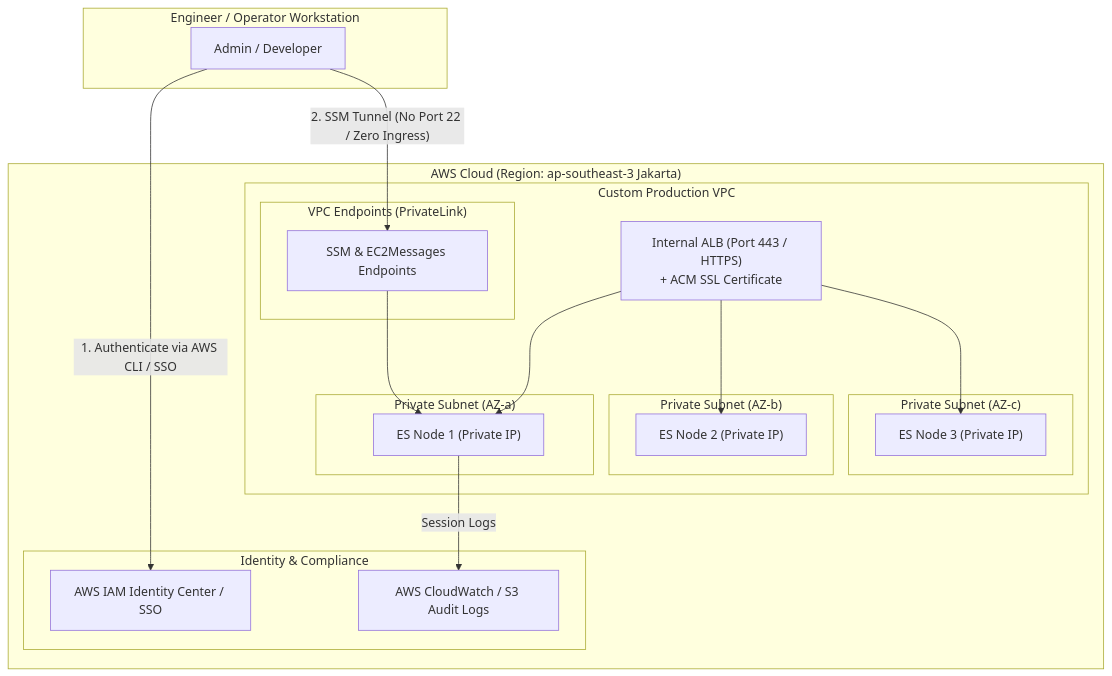
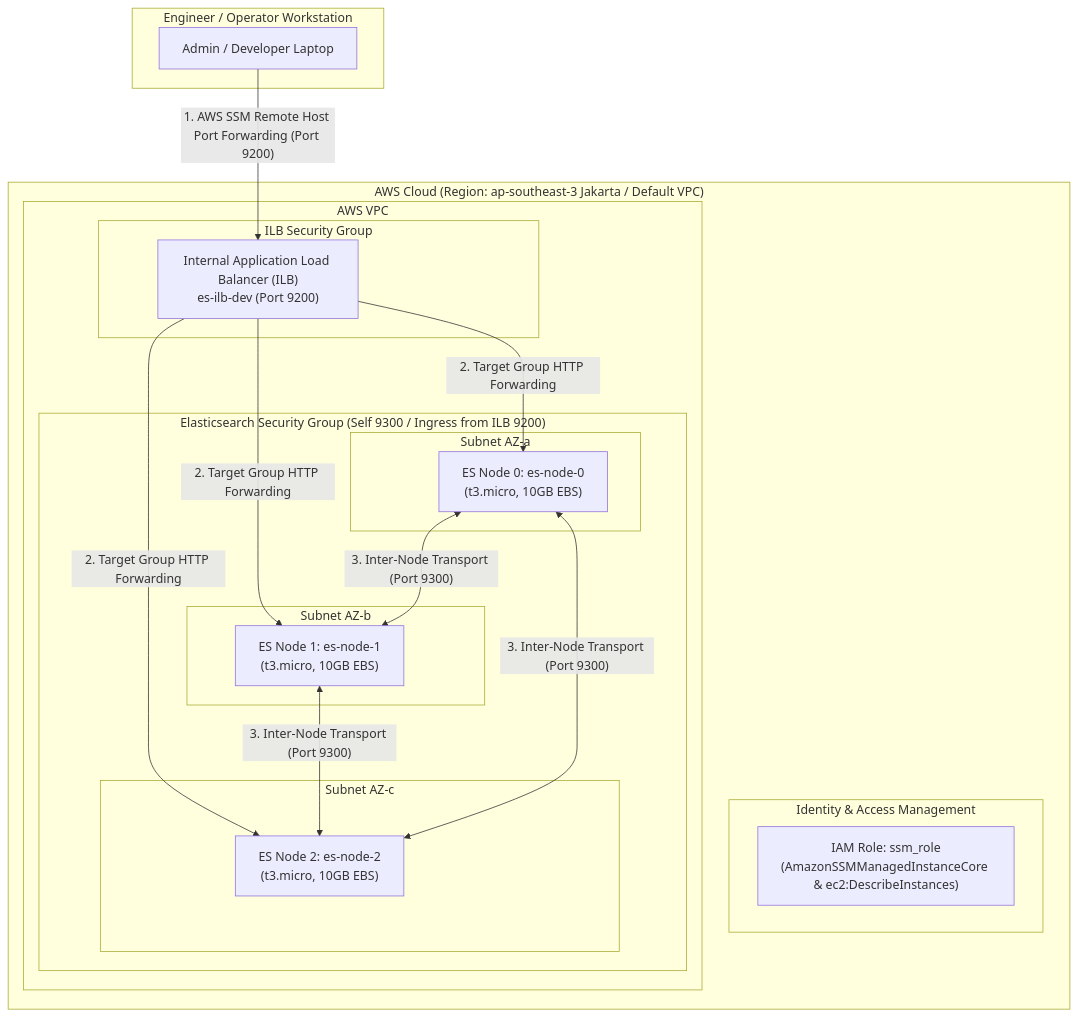
Before and after one commit to diopratama/aws-iac-lab: the diagram in README.md, drawn with Mermaid. The commit also changed other lines of this file and 7 other files, not shown here.

````diff
--- a/README.md
+++ b/README.md
@@ -11,39 +11,39 @@
 ```mermaid
 graph TB
     subgraph Client["Engineer / Operator Workstation"]
-        Dev["Admin / Developer"]
+        Dev["Admin / Developer Laptop"]
     end
 
-    subgraph AWS["AWS Cloud (Region: ap-southeast-3 Jakarta)"]
-        subgraph IAM["Identity & Compliance"]
-            SSO["AWS IAM Identity Center / SSO"]
-            Audit["AWS CloudWatch / S3 Audit Logs"]
+    subgraph AWS["AWS Cloud (Region: ap-southeast-3 Jakarta / Default VPC)"]
+        subgraph IAM["Identity & Access Management"]
+            SSM_Role["IAM Role: ssm_role<br/>(AmazonSSMManagedInstanceCore & ec2:DescribeInstances)"]
         end
 
-        subgraph VPC["Custom Production VPC"]
-            subgraph PrivateSubnet1["Private Subnet (AZ-a)"]
-                EC2_1["ES Node 1 (Private IP)"]
-            end
-            subgraph PrivateSubnet2["Private Subnet (AZ-b)"]
-                EC2_2["ES Node 2 (Private IP)"]
-            end
-            subgraph PrivateSubnet3["Private Subnet (AZ-c)"]
-                EC2_3["ES Node 3 (Private IP)"]
-            end
-            
-            subgraph Endpoints["VPC Endpoints (PrivateLink)"]
-                SSM_EP["SSM & EC2Messages Endpoints"]
+        subgraph VPC["AWS VPC"]
+            subgraph ILB_SG["ILB Security Group"]
+                InternalALB["Internal Application Load Balancer (ILB)<br/>es-ilb-dev (Port 9200)"]
             end
 
-            InternalALB["Internal ALB (Port 443 / HTTPS)<br/>+ ACM SSL Certificate"]
+            subgraph ES_SG["Elasticsearch Security Group (Self 9300 / Ingress from ILB 9200)"]
+                subgraph SubnetA["Subnet AZ-a"]
+                    EC2_0["ES Node 0: es-node-0<br/>(t3.micro, 10GB EBS)"]
+                end
+                subgraph SubnetB["Subnet AZ-b"]
+                    EC2_1["ES Node 1: es-node-1<br/>(t3.micro, 10GB EBS)"]
+                end
+                subgraph SubnetC["Subnet AZ-c"]
+                    EC2_2["ES Node 2: es-node-2<br/>(t3.micro, 10GB EBS)"]
+                end
+            end
         end
     end
 
-    Dev -- "1. Authenticate via AWS CLI / SSO" --> SSO
-    Dev -- "2. SSM Tunnel (No Port 22 / Zero Ingress)" --> SSM_EP
-    SSM_EP --> EC2_1
-    EC2_1 -- "Session Logs" --> Audit
-    InternalALB --> EC2_1
-    InternalALB --> EC2_2
-    InternalALB --> EC2_3
+    Dev -- "1. AWS SSM Remote Host Port Forwarding (Port 9200)" --> InternalALB
+    InternalALB -- "2. Target Group HTTP Forwarding" --> EC2_0
+    InternalALB -- "2. Target Group HTTP Forwarding" --> EC2_1
+    InternalALB -- "2. Target Group HTTP Forwarding" --> EC2_2
+
+    EC2_0 <--"3. Inter-Node Transport (Port 9300)"--> EC2_1
+    EC2_1 <--"3. Inter-Node Transport (Port 9300)"--> EC2_2
+    EC2_2 <--"3. Inter-Node Transport (Port 9300)"--> EC2_0
 ```
````
